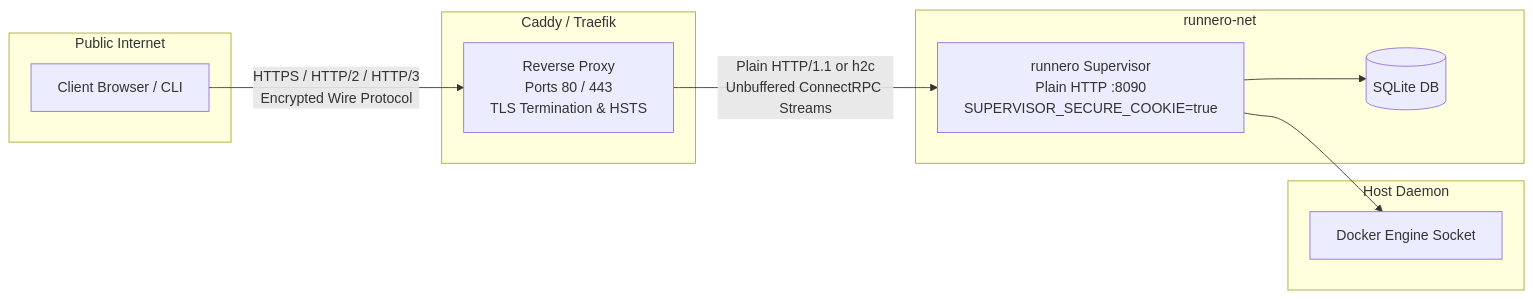
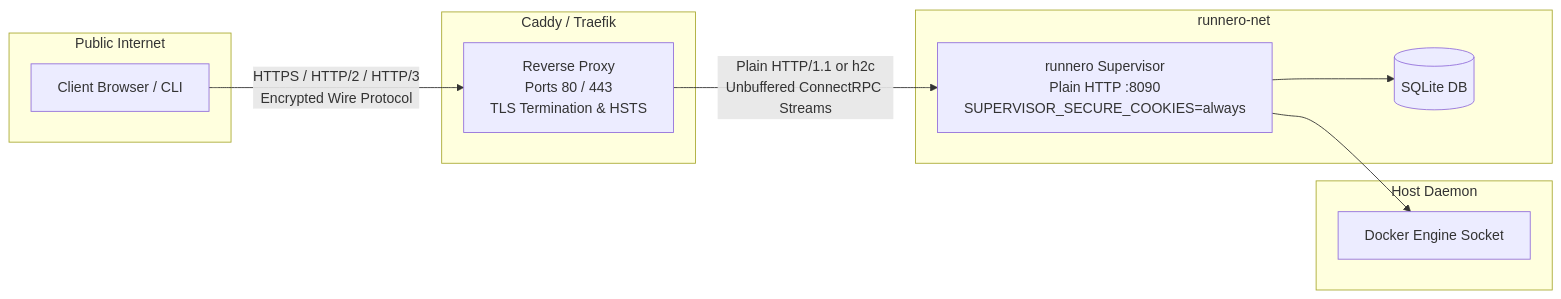
The diagram in docs/10-reverse-proxy-tls.md (noosxe/runnero), drawn with Mermaid before and after one commit. The commit also changed other lines of this file and 45 other files, not shown here.

````diff
--- a/docs/10-reverse-proxy-tls.md
+++ b/docs/10-reverse-proxy-tls.md
@@ -13,24 +13,24 @@
 ```mermaid
 graph LR
     subgraph Public Internet
         Browser[Client Browser / CLI]
     end
 
     subgraph TLS Reverse Proxy Perimeter [Caddy / Traefik]
         Proxy[Reverse Proxy<br/>Ports 80 / 443<br/>TLS Termination & HSTS]
     end
 
     subgraph Internal Isolated Network [runnero-net]
-        Supervisor[runnero Supervisor<br/>Plain HTTP :8090<br/>SUPERVISOR_SECURE_COOKIE=true]
+        Supervisor[runnero Supervisor<br/>Plain HTTP :8090<br/>SUPERVISOR_SECURE_COOKIES=always]
         DB[(SQLite DB)]
     end
 
     subgraph Host Daemon
         Docker[Docker Engine Socket]
     end
 
     Browser -->|HTTPS / HTTP/2 / HTTP/3<br/>Encrypted Wire Protocol| Proxy
     Proxy -->|Plain HTTP/1.1 or h2c<br/>Unbuffered ConnectRPC Streams| Supervisor
     Supervisor --> DB
     Supervisor --> Docker
 ```
````
